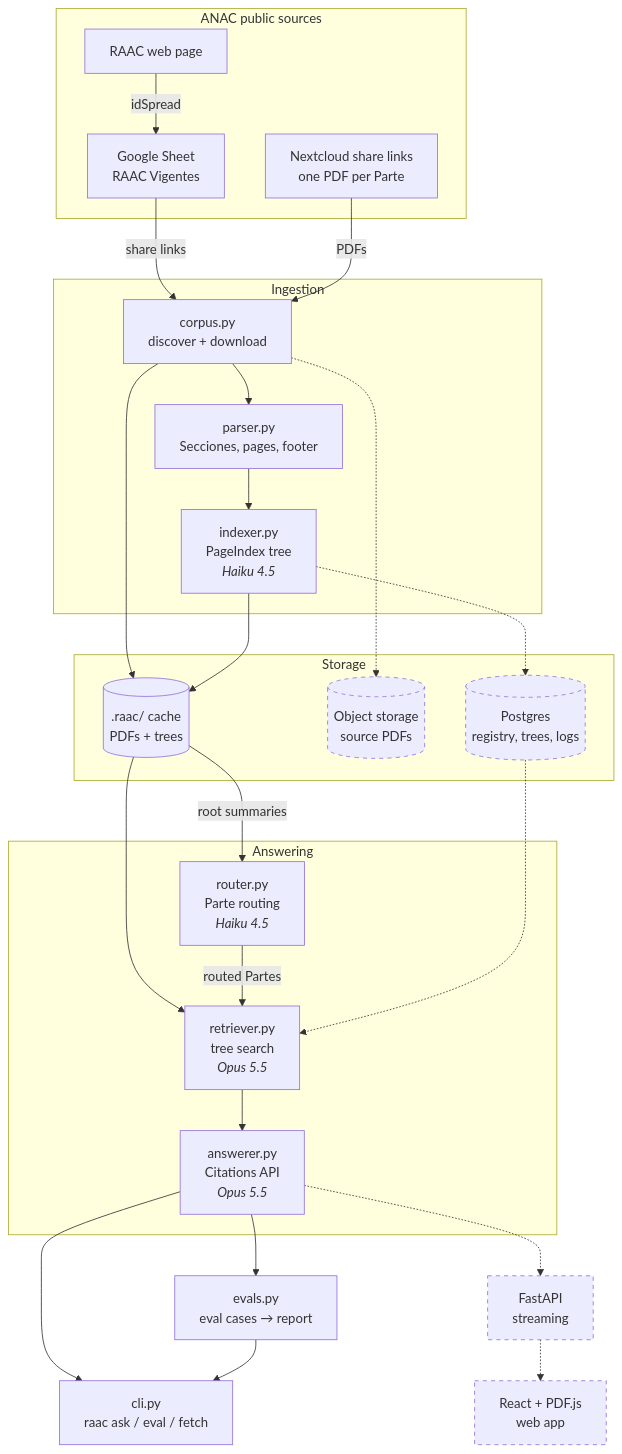
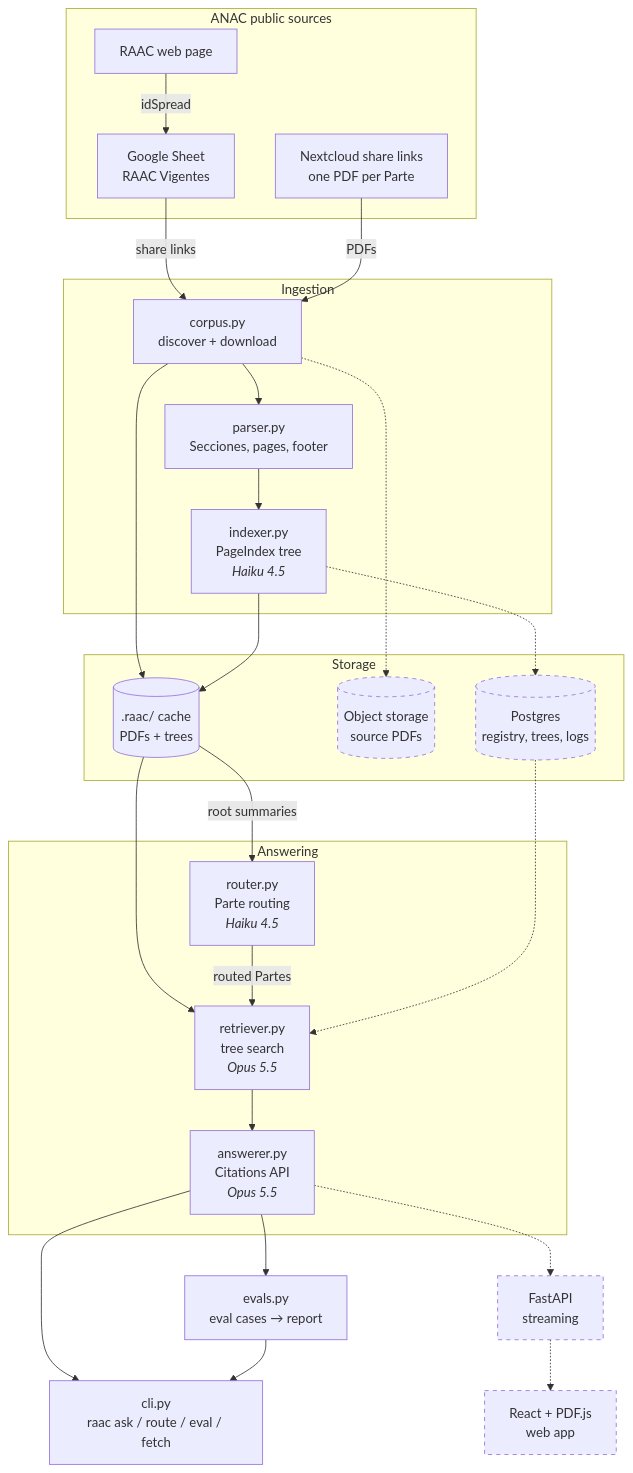
One commit to Guernik/raac-rag changed the diagram in docs/diagrams/architecture.mmd. Above: the diagram before and after it, drawn with Mermaid. The commit also changed 4 other files, not shown here.

Commit message:
docs: catch diagrams and README up with code and ADRs 0003, 0004

```diff
--- a/docs/diagrams/architecture.mmd
+++ b/docs/diagrams/architecture.mmd
@@ -1,50 +1,50 @@
 flowchart TB
     subgraph ANAC["ANAC public sources"]
         page["RAAC web page"]
         sheet["Google Sheet<br/>RAAC Vigentes"]
         nc["Nextcloud share links<br/>one PDF per Parte"]
     end
 
     subgraph ingest["Ingestion"]
         corpus["corpus.py<br/>discover + download"]
         parser["parser.py<br/>Secciones, pages, footer"]
         indexer["indexer.py<br/>PageIndex tree<br/><i>Haiku 4.5</i>"]
     end
 
     subgraph store["Storage"]
         cache[(".raac/ cache<br/>PDFs + trees")]
         pdfs[("Object storage<br/>source PDFs")]
         pg[("Postgres<br/>registry, trees, logs")]
     end
 
     subgraph answer["Answering"]
         router["router.py<br/>Parte routing<br/><i>Haiku 4.5</i>"]
         retriever["retriever.py<br/>tree search<br/><i>Opus 5.5</i>"]
         answerer["answerer.py<br/>Citations API<br/><i>Opus 5.5</i>"]
     end
 
     evals["evals.py<br/>eval cases → report"]
 
-    cli["cli.py<br/>raac ask / eval / fetch"]
+    cli["cli.py<br/>raac ask / route / eval / fetch"]
     api["FastAPI<br/>streaming"]
     web["React + PDF.js<br/>web app"]
 
     page -- idSpread --> sheet
     sheet -- share links --> corpus
     nc -- PDFs --> corpus
     corpus --> parser --> indexer
     corpus --> cache
     indexer --> cache
     corpus -.-> pdfs
     indexer -.-> pg
     cache --> retriever
     cache -- root summaries --> router
     router -- routed Partes --> retriever
     pg -.-> retriever
     retriever --> answerer
     answerer --> cli
     answerer --> evals --> cli
     answerer -.-> api -.-> web
 
     classDef planned stroke-dasharray: 5 5
     class api,web,pg,pdfs planned
```
